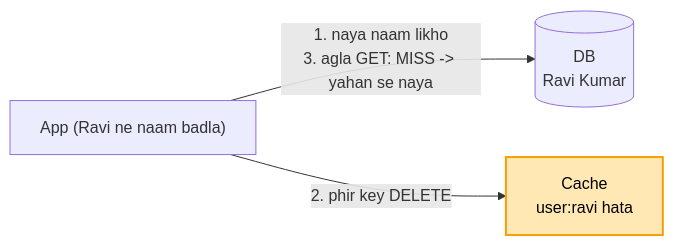
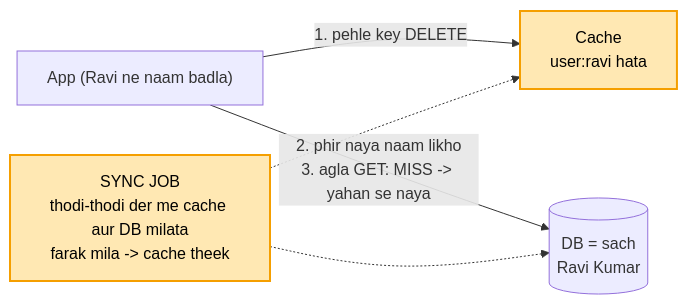
The sixth of 8 diagrams in 04_HLD/SYSTEM_DESIGNS/10_distributed_cache/10_distributed_cache.md (ArpanMaheshwari144/Prep), drawn with Mermaid before and after one commit. The commit also changed other lines of this file and 19 other files, not shown here.

````diff
--- a/04_HLD/SYSTEM_DESIGNS/10_distributed_cache/10_distributed_cache.md
+++ b/04_HLD/SYSTEM_DESIGNS/10_distributed_cache/10_distributed_cache.md
@@ -266,6 +267,9 @@
 ```mermaid
 flowchart LR
-    A["App (Ravi ne naam badla)"] -->|"1. naya naam likho<br/>3. agla GET: MISS -> yahan se naya"| D[("DB<br/>Ravi Kumar")]
-    A -->|"2. phir key DELETE"| C["Cache<br/>user:ravi hata"]
+    A["App (Ravi ne naam badla)"] -->|"1. pehle key DELETE"| C["Cache<br/>user:ravi hata"]
+    A -->|"2. phir naya naam likho<br/>3. agla GET: MISS -> yahan se naya"| D[("DB = sach<br/>Ravi Kumar")]
+    J["SYNC JOB<br/>thodi-thodi der me cache aur DB milata<br/>farak mila -> cache theek"] -.-> C
+    J -.-> D
     style C fill:#ffe8b3,stroke:#f59f00,stroke-width:2px,color:#000
+    style J fill:#ffe8b3,stroke:#f59f00,stroke-width:2px,color:#000
 ```
````
